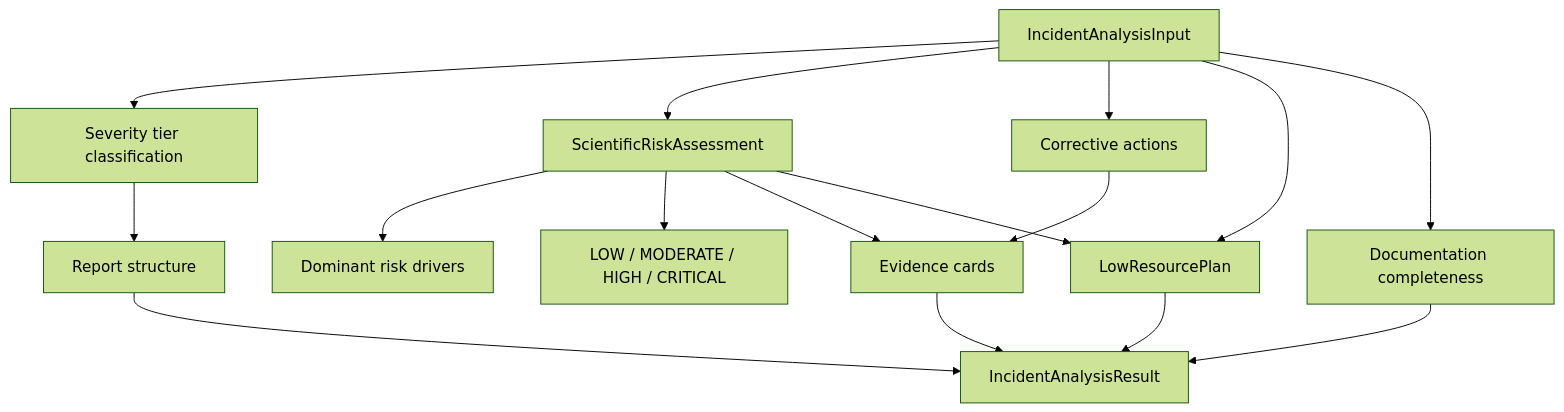
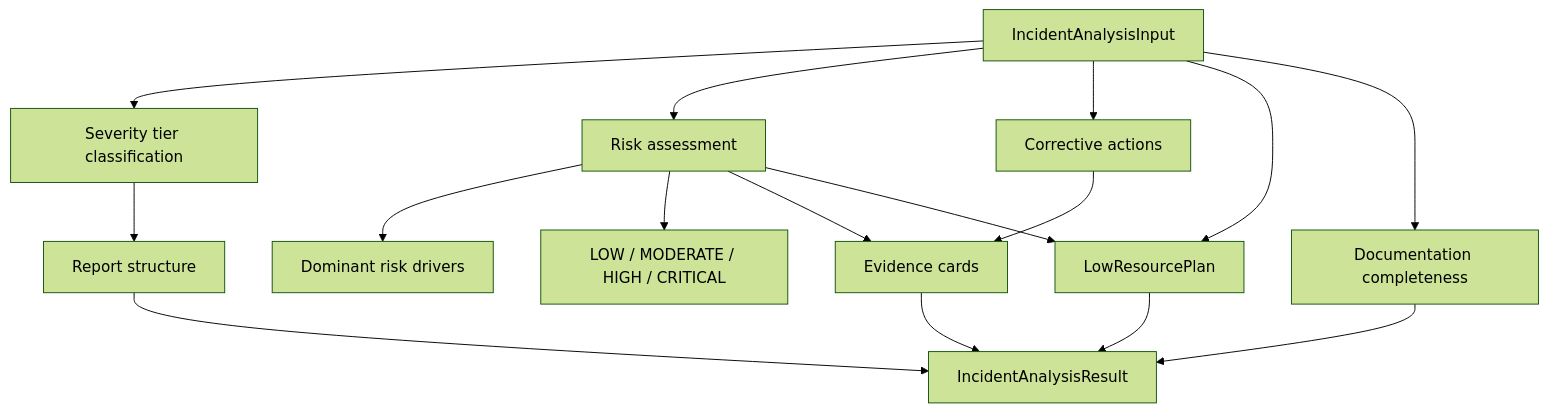
One commit to Drey332/DIMS changed the fourth of 5 diagrams in README.md. Above: the diagram before and after it, drawn with Mermaid (forest theme). The commit also changed other lines of this file and 8 other files, not shown here.

````diff
--- a/README.md
+++ b/README.md
@@ -101,18 +105,18 @@
 ```mermaid
 flowchart TB
   Input[IncidentAnalysisInput] --> Severity[Severity tier classification]
-  Input --> Risk[ScientificRiskAssessment]
+  Input --> Risk[Risk assessment]
   Risk --> Drivers[Dominant risk drivers]
   Risk --> Band[LOW / MODERATE / HIGH / CRITICAL]
   Input --> Actions[Corrective actions]
   Actions --> Evidence[Evidence cards]
   Risk --> Evidence
   Input --> LowResource[LowResourcePlan]
   Risk --> LowResource
   Input --> Docs[Documentation completeness]
   Severity --> Report[Report structure]
   Evidence --> Result[IncidentAnalysisResult]
   LowResource --> Result
   Docs --> Result
   Report --> Result
 ```
````
